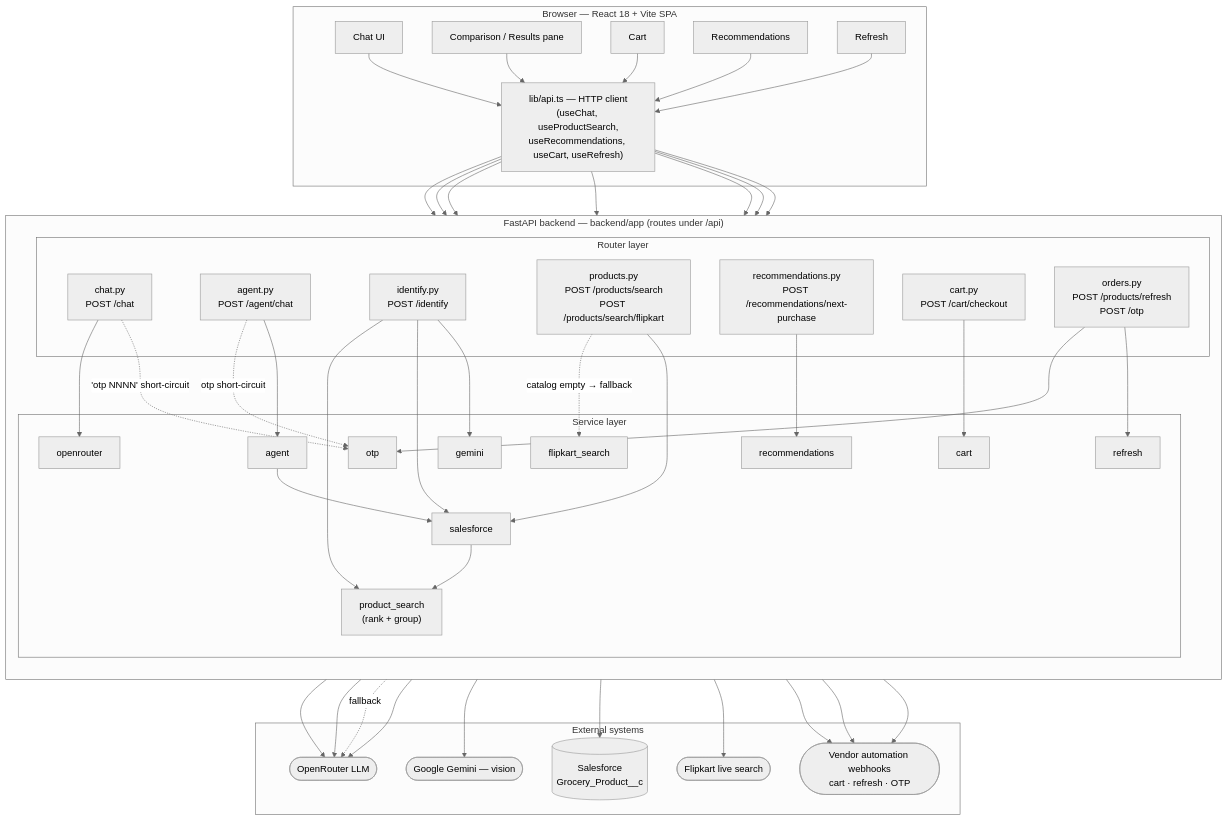
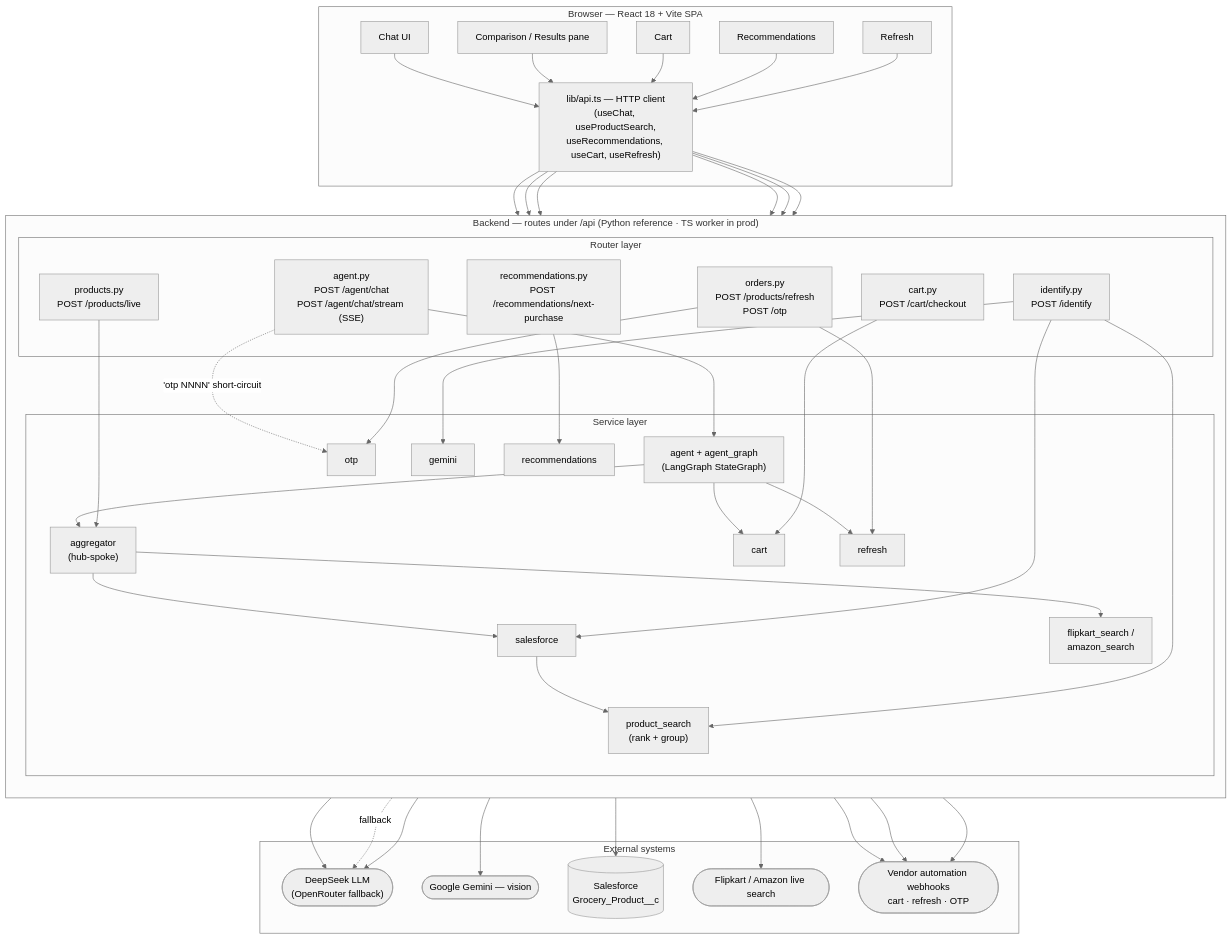
Before and after one commit to nitlearn27/price-compare: the diagram in docs/ARCHITECTURE.md, drawn with Mermaid (neutral theme). The commit also changed other lines of this file and 75 other files, not shown here.

Commit message:
feat: deploy Cloudflare Worker backend and update app codebase

```diff
--- a/docs/ARCHITECTURE.md
+++ b/docs/ARCHITECTURE.md
@@ -23,24 +21,23 @@
         UI_Refresh --> API
     end
 
-    subgraph Backend["FastAPI backend — backend/app (routes under /api)"]
+    subgraph Backend["Backend — routes under /api (Python reference · TS worker in prod)"]
         direction TB
         subgraph Routers["Router layer"]
-            R_chat["chat.py<br/>POST /chat"]
-            R_agent["agent.py<br/>POST /agent/chat"]
+            R_agent["agent.py<br/>POST /agent/chat<br/>POST /agent/chat/stream (SSE)"]
             R_identify["identify.py<br/>POST /identify"]
-            R_products["products.py<br/>POST /products/search<br/>POST /products/search/flipkart"]
+            R_products["products.py<br/>POST /products/live"]
             R_recs["recommendations.py<br/>POST /recommendations/next-purchase"]
             R_cart["cart.py<br/>POST /cart/checkout"]
             R_orders["orders.py<br/>POST /products/refresh<br/>POST /otp"]
         end
         subgraph Services["Service layer"]
-            S_openrouter["openrouter"]
-            S_agent["agent"]
+            S_agent["agent + agent_graph<br/>(LangGraph StateGraph)"]
+            S_agg["aggregator<br/>(hub-spoke)"]
             S_gemini["gemini"]
             S_salesforce["salesforce"]
             S_psearch["product_search<br/>(rank + group)"]
-            S_flipkart["flipkart_search"]
+            S_live["flipkart_search /<br/>amazon_search"]
             S_recs["recommendations"]
             S_cart["cart"]
             S_refresh["refresh"]
@@ -49,15 +46,14 @@
     end
 
     subgraph External["External systems"]
-        X_OR(["OpenRouter LLM"])
+        X_LLM(["DeepSeek LLM<br/>(OpenRouter fallback)"])
         X_Gem(["Google Gemini — vision"])
         X_SF[("Salesforce<br/>Grocery_Product__c")]
-        X_FK(["Flipkart live search"])
+        X_Store(["Flipkart / Amazon live search"])
         X_Vendor(["Vendor automation webhooks<br/>cart · refresh · OTP"])
     end
 
     %% Browser -> routers
-    API --> R_chat
     API --> R_agent
     API --> R_identify
     API --> R_products
@@ -65,24 +61,23 @@
     API --> R_cart
     API --> R_orders
 
-    %% chat: deterministic "otp <number>" short-circuit before the LLM
-    R_chat -.->|"'otp NNNN' short-circuit"| S_otp
-    R_chat --> S_openrouter
-
-    %% agent
+    %% agent: deterministic "otp <number>" short-circuit before the LLM
+    R_agent -.->|"'otp NNNN' short-circuit"| S_otp
     R_agent --> S_agent
-    R_agent -.->|otp short-circuit| S_otp
-    S_agent --> S_salesforce
+    S_agent --> S_agg
+    S_agent --> S_cart
+    S_agent --> S_refresh
+    S_agg --> S_salesforce
+    S_agg --> S_live
+    S_salesforce --> S_psearch
 
     %% identify (image)
     R_identify --> S_gemini
     R_identify --> S_salesforce
     R_identify --> S_psearch
 
-    %% catalog search + flipkart fallback
-    R_products --> S_salesforce
-    S_salesforce --> S_psearch
-    R_products -.->|catalog empty → fallback| S_flipkart
+    %% phase-2 live rows
+    R_products --> S_agg
 
     %% recommendations / cart / orders
     R_recs --> S_recs
@@ -91,13 +86,12 @@
     R_orders --> S_otp
 
     %% services -> external
-    S_openrouter --> X_OR
-    S_agent --> X_OR
+    S_agent --> X_LLM
     S_gemini --> X_Gem
-    S_gemini -.->|fallback| X_OR
-    S_recs --> X_OR
+    S_gemini -.->|fallback| X_LLM
+    S_recs --> X_LLM
     S_salesforce --> X_SF
-    S_flipkart --> X_FK
+    S_live --> X_Store
     S_cart --> X_Vendor
     S_refresh --> X_Vendor
     S_otp --> X_Vendor
```
